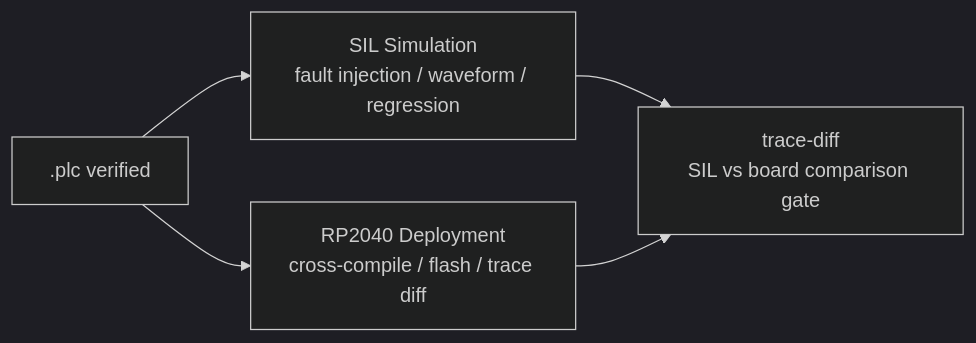
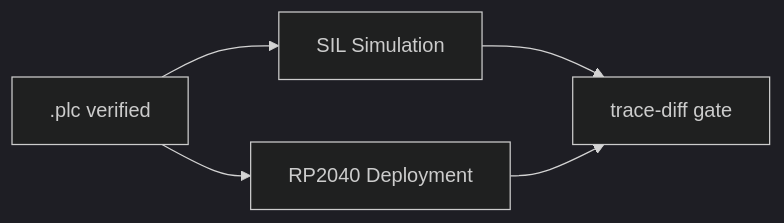
Before and after one commit to xxrust/RustPLC: the second of 2 diagrams in README_EN.md, drawn with Mermaid (dark theme). The commit also changed other lines of this file and 1 other file, not shown here.

Commit message:
fix(docs): shorten mermaid node labels to prevent GitHub truncation

````diff
--- a/README_EN.md
+++ b/README_EN.md
@@ -108,7 +108,7 @@
 ```mermaid
 flowchart LR
-    A[".plc verified"] --> B["SIL Simulation<br>fault injection / waveform / regression"]
-    A --> C["RP2040 Deployment<br>cross-compile / flash / trace diff"]
-    B --> D["trace-diff<br>SIL vs board comparison gate"]
+    A[".plc verified"] --> B["SIL Simulation"]
+    A --> C["RP2040 Deployment"]
+    B --> D["trace-diff gate"]
     C --> D
 ```
````
